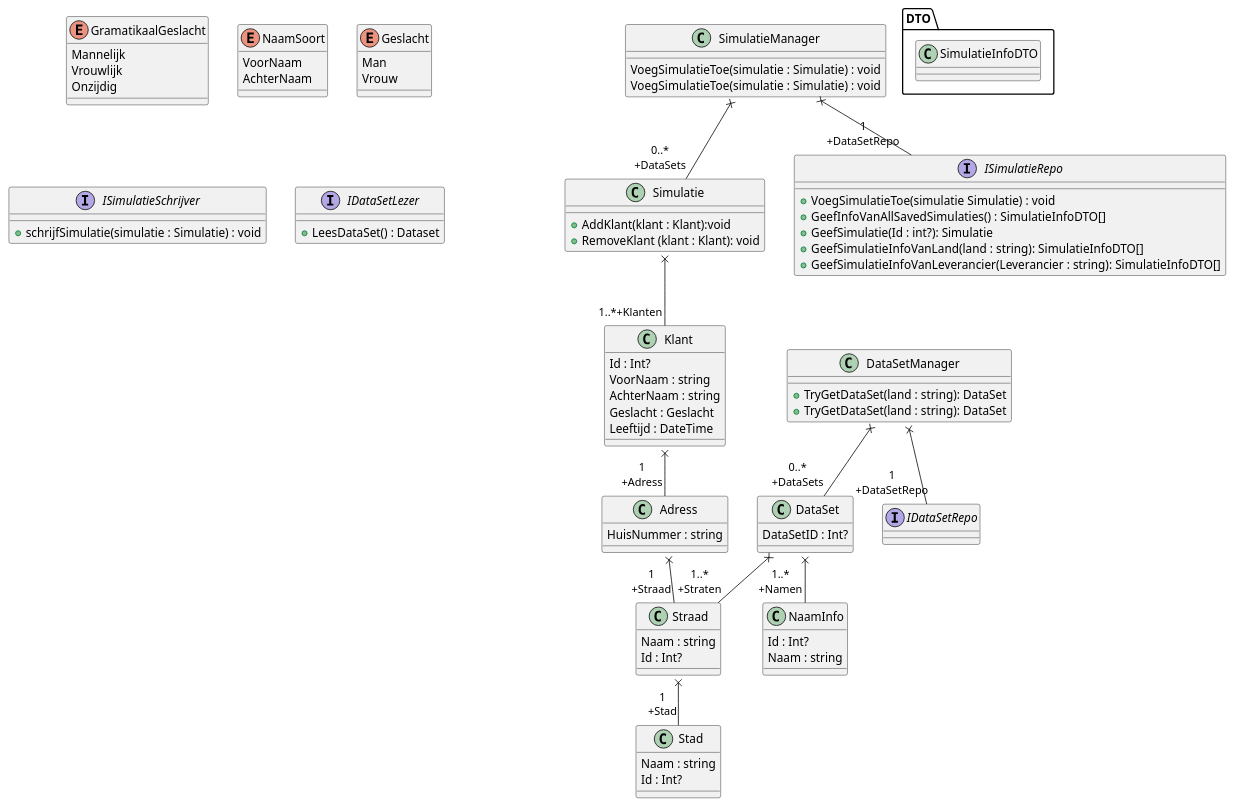
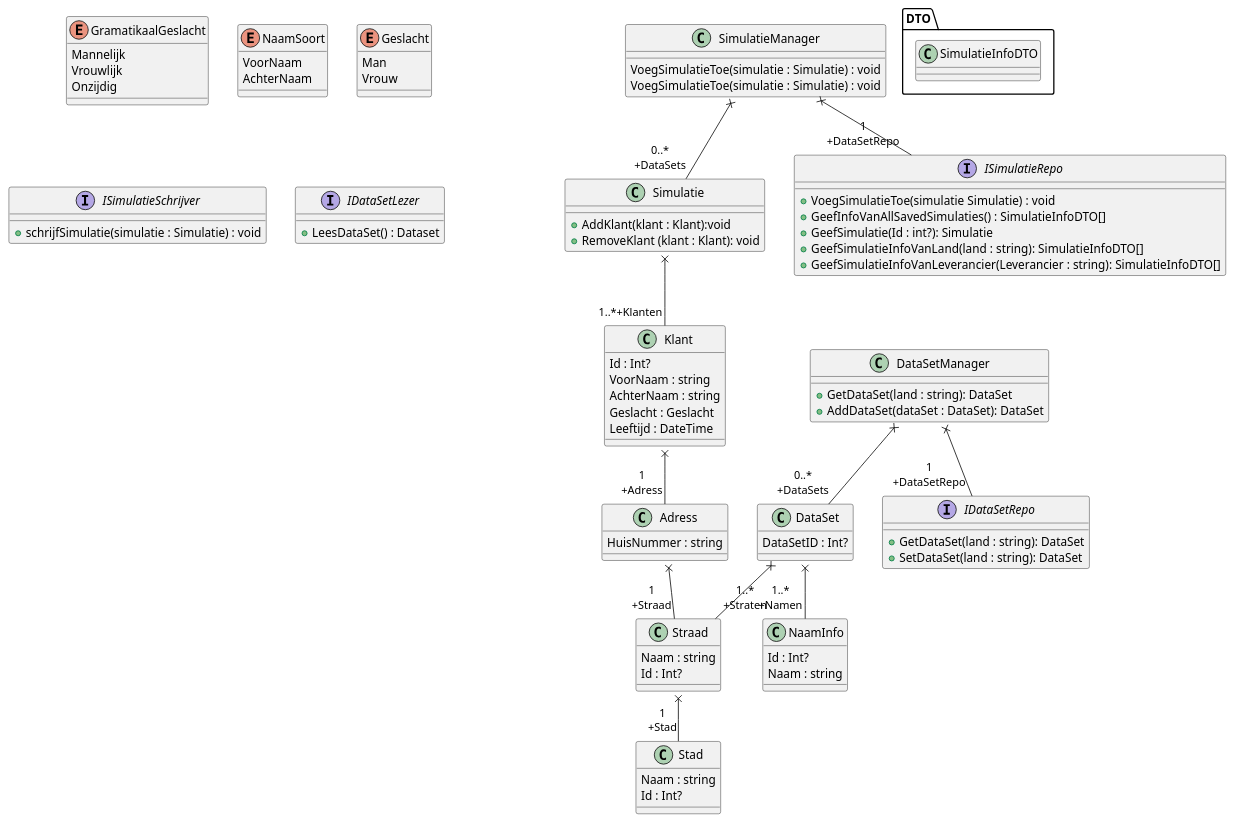
One commit to mrSerious195/EindOpdrachtPG1 changed the diagram in Ontwerp/KlantenGenerator.plantuml. Above: the diagram before and after it, drawn with PlantUML. The commit also changed 2 other files, not shown here.

```diff
--- a/Ontwerp/KlantenGenerator.plantuml
+++ b/Ontwerp/KlantenGenerator.plantuml
@@ -1,110 +1,111 @@
 @startuml
 class Stad{
 Naam : string
 Id : Int?
 }
 
 class Straad{
     Naam : string
 Id : Int?
 }
 
 Straad x-- "1\n+Stad" Stad
 class Adress{
 HuisNummer : string
 }
 
 Adress x-- "1\n+Straad" Straad
 class NaamInfo{
 Id : Int?
 Naam : string
 
 }
 
 Enum GramatikaalGeslacht{
     Mannelijk
     Vrouwlijk
     Onzijdig
 }
 
 Enum NaamSoort{
     VoorNaam
     AchterNaam
 }
 
 Class DataSet{
 DataSetID : Int?
 }
 
 DataSet x-- "1..*\n+Straten" Straad
 DataSet x-- "1..*\n+Namen" NaamInfo
 
 class Klant{
     Id : Int?
     VoorNaam : string
     AchterNaam : string
     Geslacht : Geslacht
     Leeftijd : DateTime
 }
 Enum Geslacht{
     Man
     Vrouw
 }
 
 Klant x-- "1\n+Adress" Adress
 
 class Simulatie{
     + AddKlant(klant : Klant):void
     + RemoveKlant (klant : Klant): void
 }
 
 Simulatie x--"1..*+Klanten" Klant
 
 class DataSetManager{
- + TryGetDataSet(land : string): DataSet
- + TryGetDataSet(land : string): DataSet
+ + GetDataSet(land : string): DataSet
+ + AddDataSet(dataSet : DataSet): DataSet
 }
 
 interface IDataSetRepo{
-
++ GetDataSet(land : string): DataSet
+ + SetDataSet(land : string): DataSet
 }
 
 DataSetManager x--"1\n+DataSetRepo"IDataSetRepo
 
 DataSetManager x--"0..*\n+DataSets"DataSet
 
 
 class SimulatieManager{
 VoegSimulatieToe(simulatie : Simulatie) : void
 VoegSimulatieToe(simulatie : Simulatie) : void
 }
 
 interface ISimulatieRepo{
     + VoegSimulatieToe(simulatie Simulatie) : void
     + GeefInfoVanAllSavedSimulaties() : SimulatieInfoDTO[]
     + GeefSimulatie(Id : int?): Simulatie
     + GeefSimulatieInfoVanLand(land : string): SimulatieInfoDTO[]
     + GeefSimulatieInfoVanLeverancier(Leverancier : string): SimulatieInfoDTO[]
 }
 
 Folder DTO{
  class SimulatieInfoDTO{
 
  }
 }
 
 SimulatieManager x--"1\n+DataSetRepo"ISimulatieRepo
 
 SimulatieManager x--"0..*\n+DataSets"Simulatie
 
 interface ISimulatieSchrijver{
  + schrijfSimulatie(simulatie : Simulatie) : void
 }
 
 interface IDataSetLezer{
  + LeesDataSet() : Dataset
 
 }
 
 
 @enduml
```
